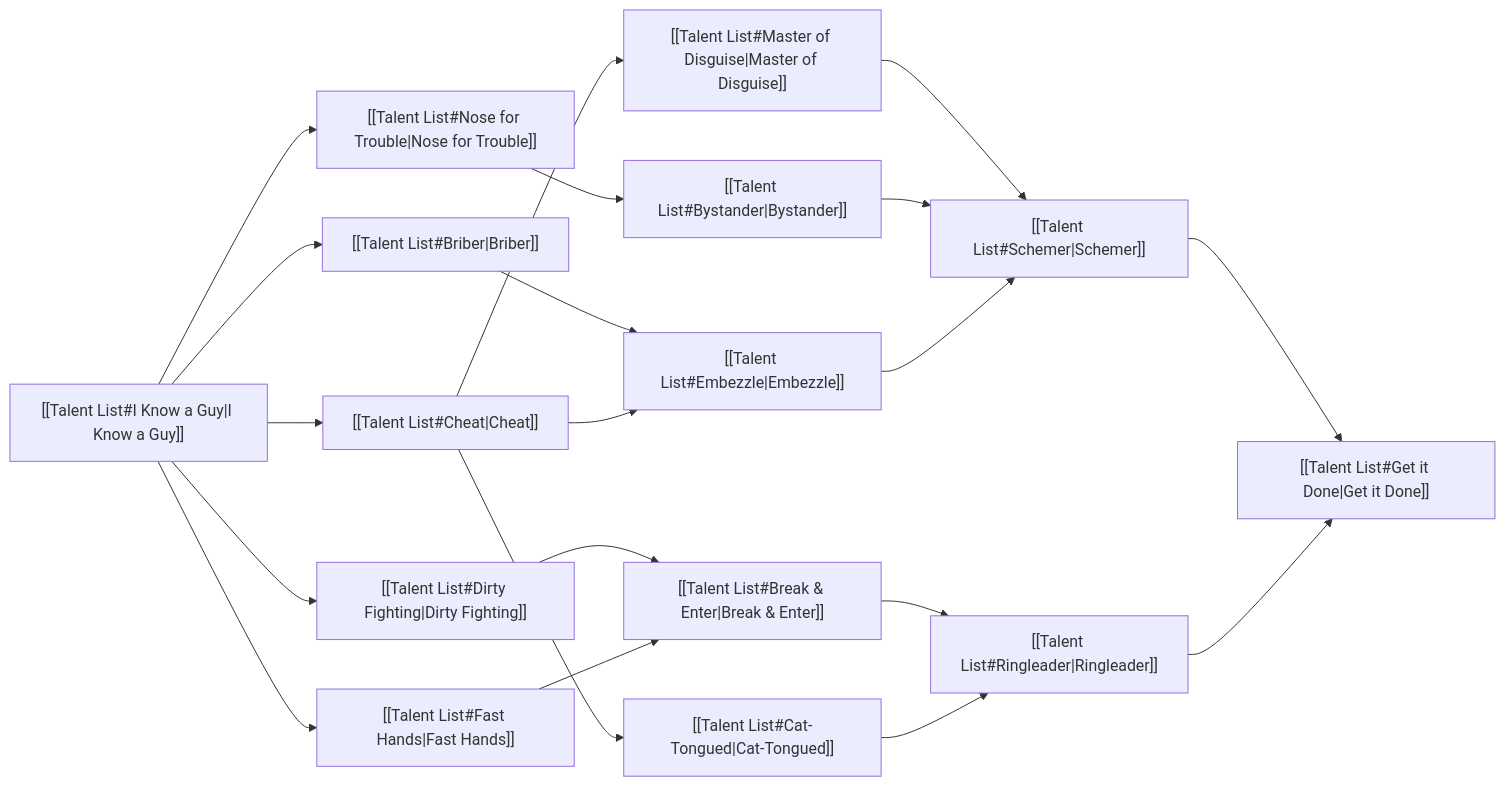
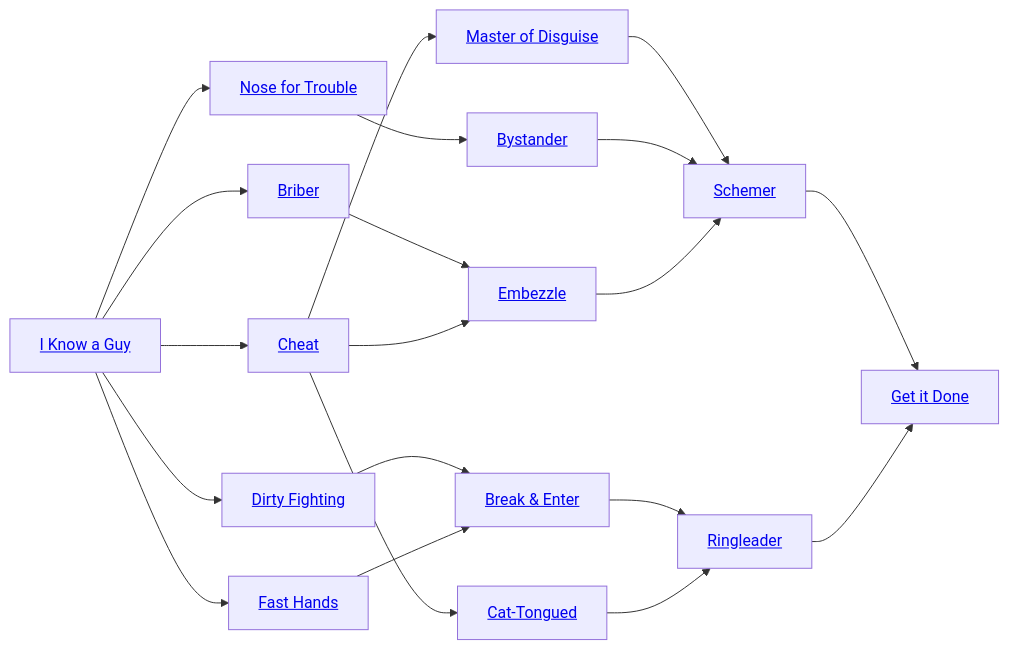
The fifth of 9 diagrams in quartz/content/Characters/Talents/Talent Trees.md (donutrj/verdigris), drawn with Mermaid before and after one commit. The commit also changed other lines of this file, not shown here.

First line of the commit message:
Convert Mermaid links to functional web links using Python script

````diff
--- a/quartz/content/Characters/Talents/Talent Trees.md
+++ b/quartz/content/Characters/Talents/Talent Trees.md
@@ -139,40 +139,40 @@
 ``` mermaid
 graph LR
 
-A["[[Talent List#Break & Enter|Break & Enter]]"]
-B["[[Talent List#Briber|Briber]]"]
-C["[[Talent List#Bystander|Bystander]]"]
-D["[[Talent List#Cat-Tongued|Cat-Tongued]]"]
-E["[[Talent List#Cheat|Cheat]]"]
-F["[[Talent List#Dirty Fighting|Dirty Fighting]]"]
-G["[[Talent List#Embezzle|Embezzle]]"]
-H["[[Talent List#Fast Hands|Fast Hands]]"]
-I["[[Talent List#Get it Done|Get it Done]]"]
-J["[[Talent List#I Know a Guy|I Know a Guy]]"]
-K["[[Talent List#Master of Disguise|Master of Disguise]]"]
-L["[[Talent List#Nose for Trouble|Nose for Trouble]]"]
-M["[[Talent List#Ringleader|Ringleader]]"]
-O["[[Talent List#Schemer|Schemer]]"]
+A[<a href="/Characters/Talents/talent-list#break--enter">Break & Enter</a>]
+B[<a href="/Characters/Talents/talent-list#briber">Briber</a>]
+C[<a href="/Characters/Talents/talent-list#bystander">Bystander</a>]
+D[<a href="/Characters/Talents/talent-list#cat-tongued">Cat-Tongued</a>]
+E[<a href="/Characters/Talents/talent-list#cheat">Cheat</a>]
+F[<a href="/Characters/Talents/talent-list#dirty-fighting">Dirty Fighting</a>]
+G[<a href="/Characters/Talents/talent-list#embezzle">Embezzle</a>]
+H[<a href="/Characters/Talents/talent-list#fast-hands">Fast Hands</a>]
+I[<a href="/Characters/Talents/talent-list#get-it-done">Get it Done</a>]
+J[<a href="/Characters/Talents/talent-list#i-know-a-guy">I Know a Guy</a>]
+K[<a href="/Characters/Talents/talent-list#master-of-disguise">Master of Disguise</a>]
+L[<a href="/Characters/Talents/talent-list#nose-for-trouble">Nose for Trouble</a>]
+M[<a href="/Characters/Talents/talent-list#ringleader">Ringleader</a>]
+O[<a href="/Characters/Talents/talent-list#schemer">Schemer</a>]
 
 J --> E
 J --> F
 J --> B
 J --> L
 E --> D
 B --> G
 F --> A
 L --> C
 E --> G
 K --> O
 C --> O
 G --> O
 O --> I
 M --> I
 A --> M
 D --> M
 J --> H
 H --> A
 E --> K
 
 
 ```
````
